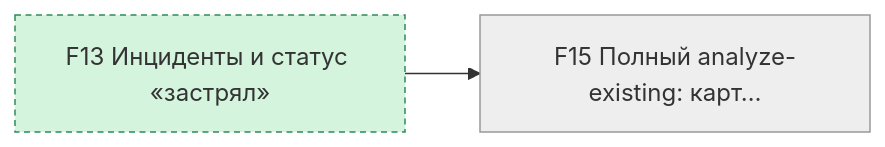
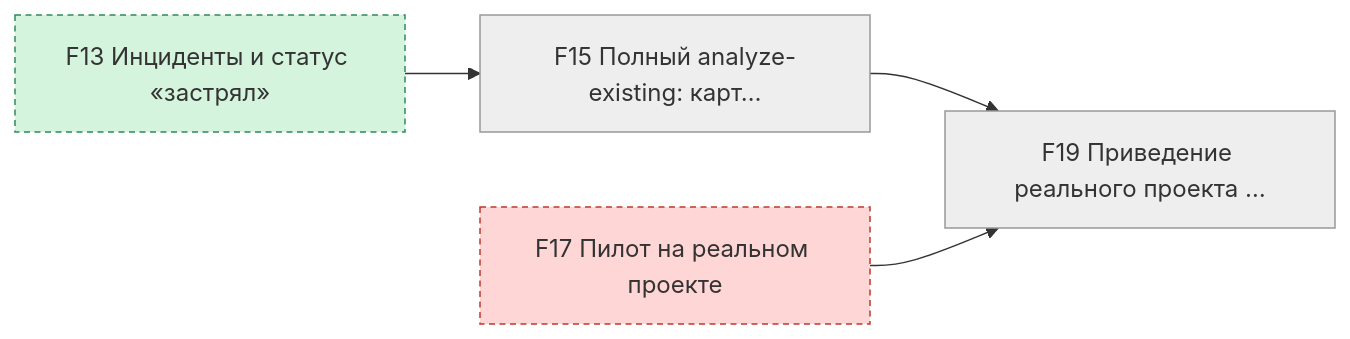
One commit to pete-doc/project-architect changed the fourth of 6 diagrams in state/STATUS.md. Above: the diagram before and after it, drawn with Mermaid. The commit also changed other lines of this file and 2 other files, not shown here.

````diff
--- a/state/STATUS.md
+++ b/state/STATUS.md
@@ -114,14 +115,19 @@
 ```mermaid
 graph LR
   F15["F15 Полный analyze-existing: карт…"]
+  F19["F19 Приведение реального проекта …"]
   F13["F13 Инциденты и статус «застрял»"]
+  F17["F17 Пилот на реальном проекте"]
   F13 --> F15
+  F15 --> F19
+  F17 --> F19
   classDef done fill:#d4f4dd,stroke:#2e8b57
   classDef work fill:#fff3c4,stroke:#c79100
   classDef blocked fill:#ffd6d6,stroke:#c0392b
   classDef later fill:#eeeeee,stroke:#999999
   classDef outside stroke-dasharray: 4 3
   class F13 done
-  class F15 later
-  class F13 outside
+  class F17 blocked
+  class F15,F19 later
+  class F13,F17 outside
 ```
````
